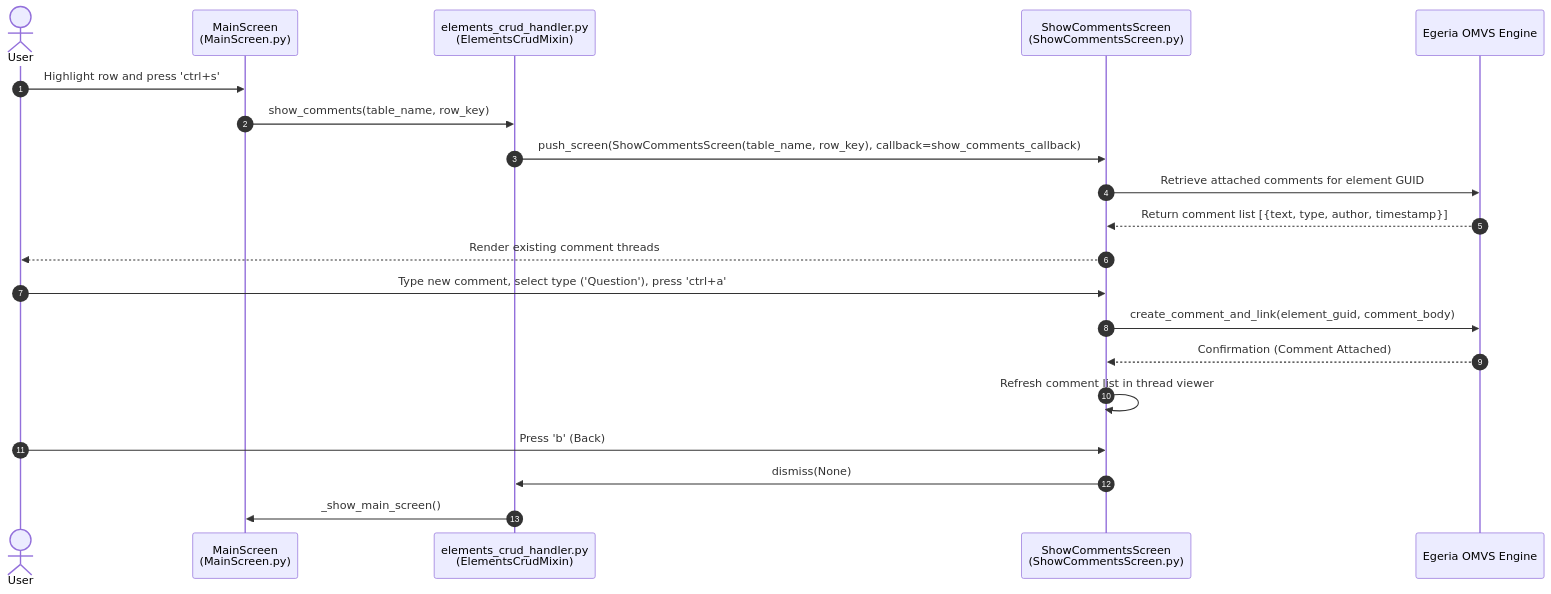
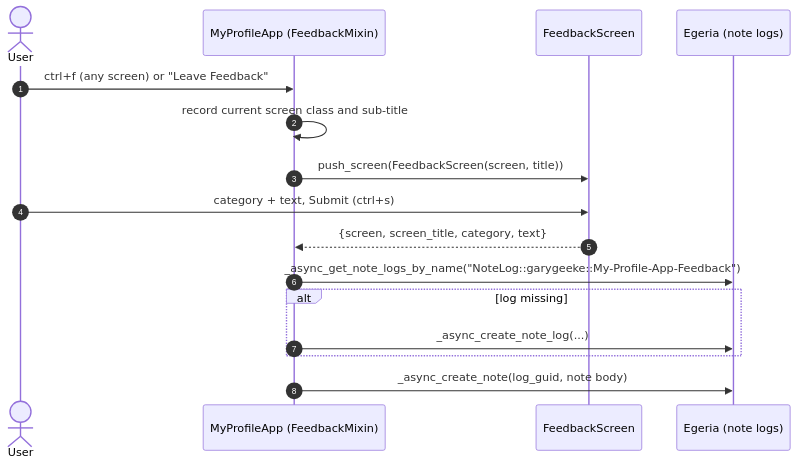
Before and after one commit to odpi/egeria-python: the fifth of 7 diagrams in docs/My-Egeria-Doc.md, drawn with Mermaid. The commit also changed other lines of this file and 36 other files, not shown here.

````diff
--- a/docs/My-Egeria-Doc.md
+++ b/docs/My-Egeria-Doc.md
@@ -390,23 +312,19 @@
 ```mermaid
 sequenceDiagram
     autonumber
     actor User
-    participant Main as MainScreen<br/>(MainScreen.py)
-    participant Handler as elements_crud_handler.py<br/>(ElementsCrudMixin)
-    participant Comments as ShowCommentsScreen<br/>(ShowCommentsScreen.py)
-    participant OMVS as Egeria OMVS Engine
+    participant App as MyProfileApp (FeedbackMixin)
+    participant FS as FeedbackScreen
+    participant Egeria as Egeria (note logs)
 
-    User->>Main: Highlight row and press 'ctrl+s'
-    Main->>Handler: show_comments(table_name, row_key)
-    Handler->>Comments: push_screen(ShowCommentsScreen(table_name, row_key), callback=show_comments_callback)
-    Comments->>OMVS: Retrieve attached comments for element GUID
-    OMVS-->>Comments: Return comment list [{text, type, author, timestamp}]
-    Comments-->>User: Render existing comment threads
-    User->>Comments: Type new comment, select type ('Question'), press 'ctrl+a'
-    Comments->>OMVS: create_comment_and_link(element_guid, comment_body)
-    OMVS-->>Comments: Confirmation (Comment Attached)
-    Comments->>Comments: Refresh comment list in thread viewer
-    User->>Comments: Press 'b' (Back)
-    Comments->>Handler: dismiss(None)
-    Handler->>Main: _show_main_screen()
+    User->>App: ctrl+f (any screen) or "Leave Feedback"
+    App->>App: record current screen class and sub-title
+    App->>FS: push_screen(FeedbackScreen(screen, title))
+    User->>FS: category + text, Submit (ctrl+s)
+    FS-->>App: {screen, screen_title, category, text}
+    App->>Egeria: _async_get_note_logs_by_name("NoteLog::garygeeke::My-Profile-App-Feedback")
+    alt log missing
+        App->>Egeria: _async_create_note_log(...)
+    end
+    App->>Egeria: _async_create_note(log_guid, note body)
 ```
````
